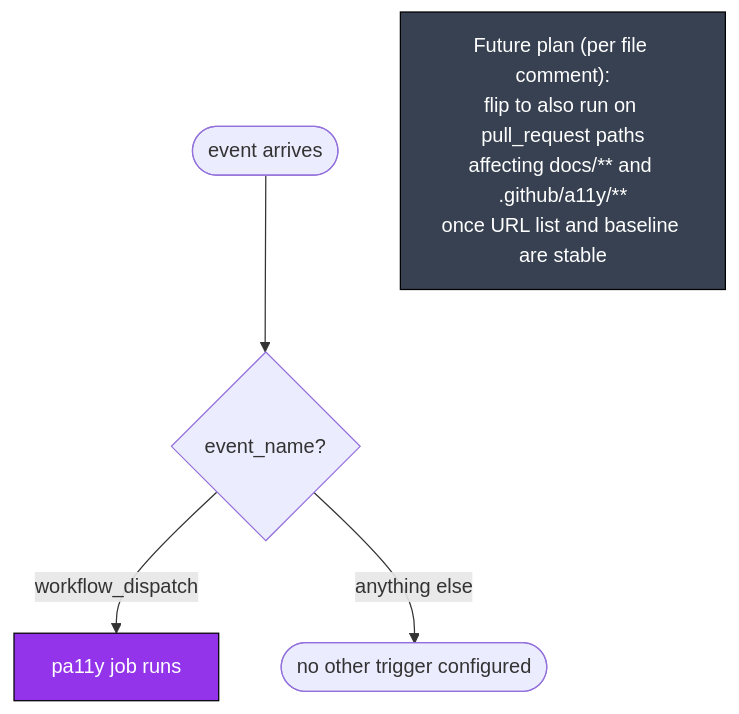
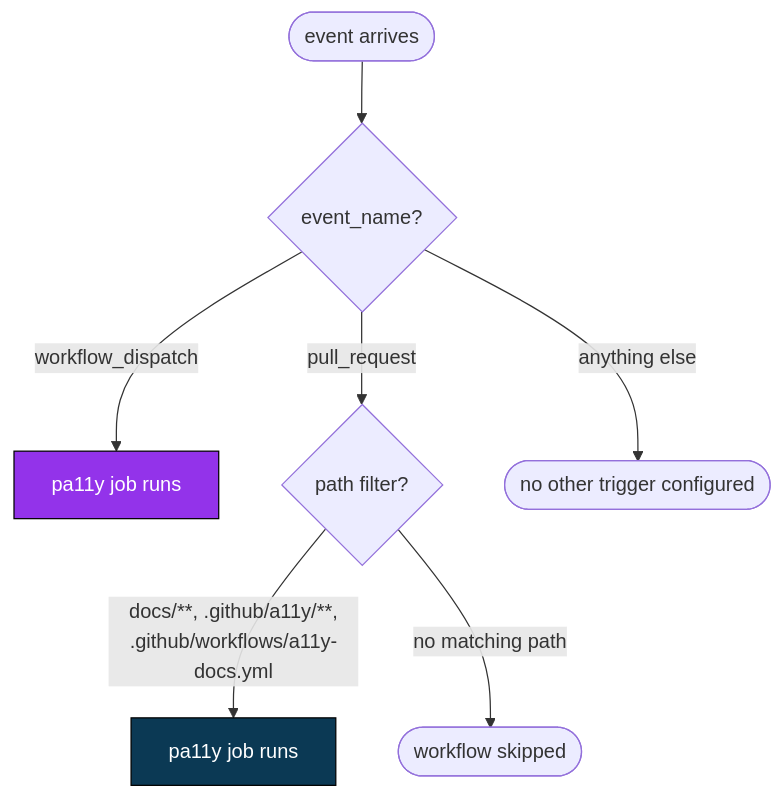
One commit to llm-exe/llm-exe changed the second of 10 diagrams in .github/docs/A11Y_DOCS_DEEP_DIVE.md. Above: the diagram before and after it, drawn with Mermaid. The commit also changed other lines of this file and 3 other files, not shown here.

Commit message:
docs: sync a11y-docs deep dive after pull_request trigger change

````diff
--- a/.github/docs/A11Y_DOCS_DEEP_DIVE.md
+++ b/.github/docs/A11Y_DOCS_DEEP_DIVE.md
@@ -76,13 +78,15 @@
 ```mermaid
 flowchart TB
     classDef manual fill:#9333ea,color:#fff,stroke:#000
-    classDef future fill:#374151,color:#fff,stroke:#000
+    classDef pr fill:#0b3954,color:#fff,stroke:#000
     classDef out fill:#1f2937,color:#fff,stroke:#000
 
     start([event arrives])
     start --> ev{event_name?}
     ev -->|workflow_dispatch| run[pa11y job runs]:::manual
+    ev -->|pull_request| pf{path filter?}
     ev -->|anything else| fail([no other trigger configured])
 
-    note["Future plan (per file comment):\nflip to also run on pull_request paths\naffecting docs/** and .github/a11y/**\nonce URL list and baseline are stable"]:::future
+    pf -->|"docs/**, .github/a11y/**,\n.github/workflows/a11y-docs.yml"| run2[pa11y job runs]:::pr
+    pf -->|no matching path| skip([workflow skipped])
 ```
````
